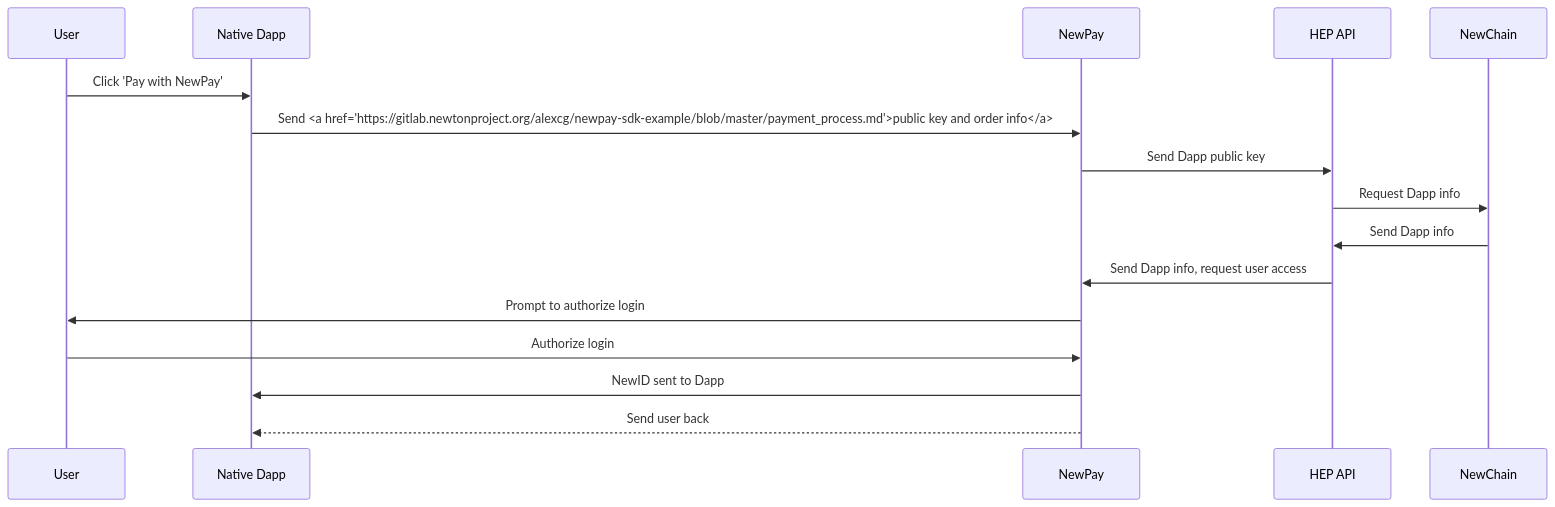
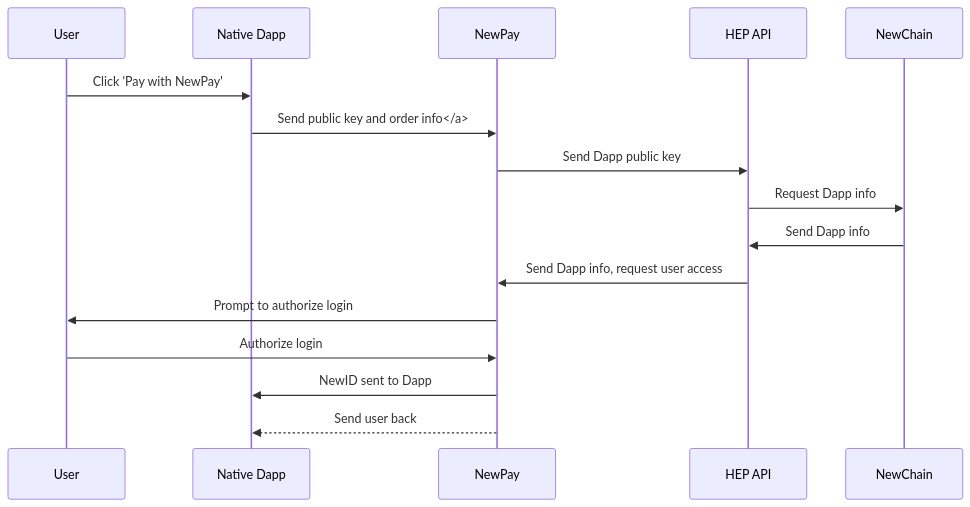
One commit to newtonproject/HEP-specification changed the diagram in payment_process.md. Above: the diagram before and after it, drawn with Mermaid.

Commit message:
Remove link for now

````diff
--- a/payment_process.md
+++ b/payment_process.md
@@ -13,20 +13,20 @@
 ```mermaid
 
 sequenceDiagram;
     participant User;
     participant Native Dapp;
 	participant NewPay;
 	participant HEP API;
 	participant NewChain;
 
     User->>Native Dapp: Click 'Pay with NewPay';
-	Native Dapp->>NewPay: Send <a href='https://gitlab.newtonproject.org/alexcg/newpay-sdk-example/blob/master/payment_process.md'>public key and order info</a>;
+	Native Dapp->>NewPay: Send public key and order info</a>;
 	NewPay->>HEP API: Send Dapp public key;
 	HEP API->>NewChain: Request Dapp info;
 	NewChain->>HEP API: Send Dapp info;
 	HEP API->>NewPay: Send Dapp info, request user access;
 	NewPay->> User: Prompt to authorize login;
 	User->>NewPay: Authorize login;
 	NewPay->>Native Dapp: NewID sent to Dapp;
 	NewPay-->>Native Dapp: Send user back;
 ```
````
